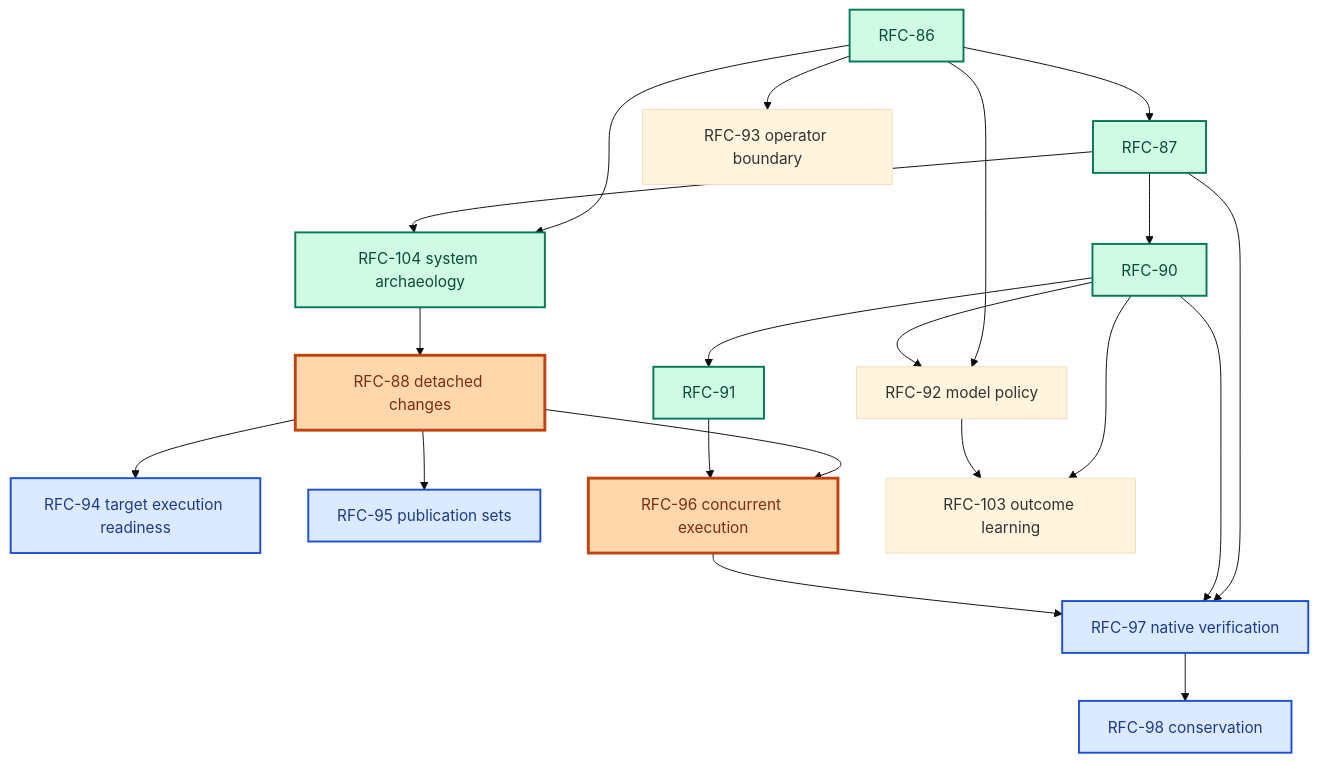
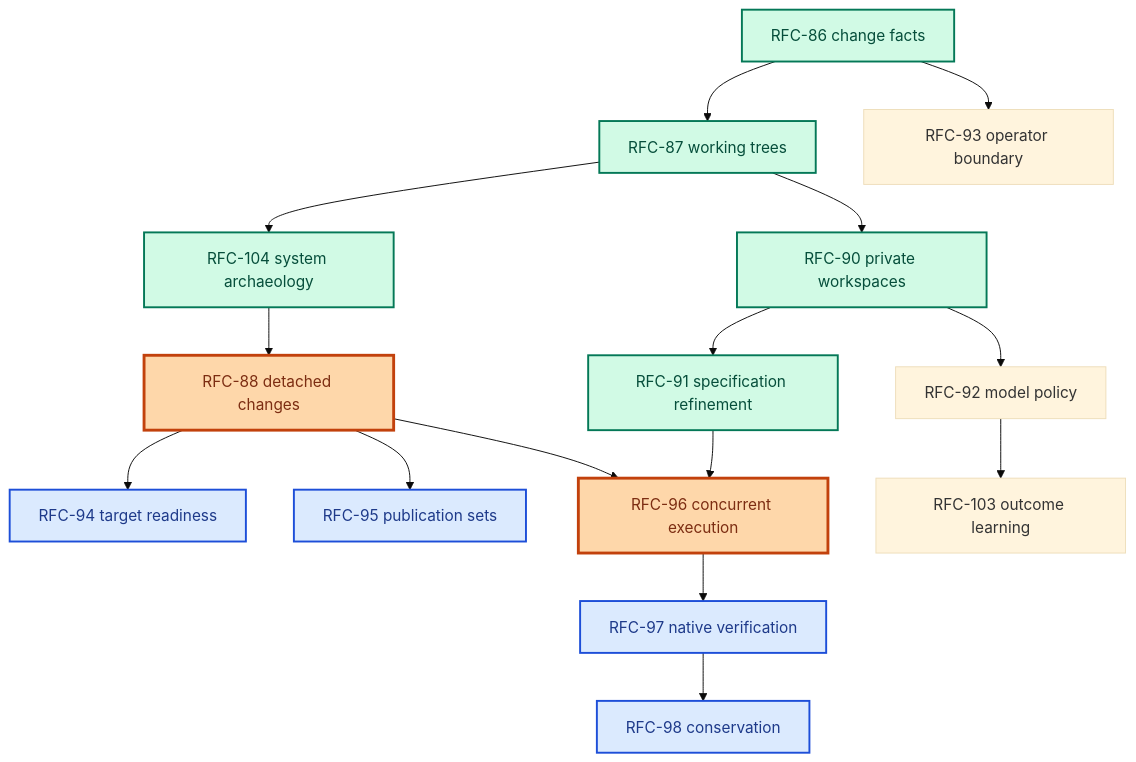
Before and after one commit to augentic/anvil: the diagram in rfcs/platform.md, drawn with Mermaid (base theme). The commit also changed other lines of this file and 14 other files, not shown here.

````diff
--- a/rfcs/platform.md
+++ b/rfcs/platform.md
@@ -23,29 +23,24 @@
 ```mermaid
 flowchart TD
-    R86[RFC-86] --> R87[RFC-87]
-    R86 --> R104[RFC-104 system archaeology]
-    R86 --> R92[RFC-92 model policy]
+    R86[RFC-86 change facts] --> R87[RFC-87 working trees]
     R86 --> R93[RFC-93 operator boundary]
-    R87 --> R104
+    R87 --> R104[RFC-104 system archaeology]
+    R87 --> R90[RFC-90 private workspaces]
     R104 --> R88[RFC-88 detached changes]
-    R87 --> R90[RFC-90]
-    R90 --> R91[RFC-91]
-    R90 --> R92
-    R87 --> R97[RFC-97 native verification]
-    R90 --> R97
-    R88 --> R94[RFC-94 target execution readiness]
+    R88 --> R94[RFC-94 target readiness]
     R88 --> R95[RFC-95 publication sets]
     R88 --> R96[RFC-96 concurrent execution]
-    R91 --> R96
-    R96 --> R97
+    R90 --> R91[RFC-91 specification refinement]
+    R90 --> R92[RFC-92 model policy]
+    R91 --> R96[RFC-96 concurrent execution]
+    R92 --> R103[RFC-103 outcome learning]
+    R96 --> R97[RFC-97 native verification]
     R97 --> R98[RFC-98 conservation]
-    R90 --> R103[RFC-103 outcome learning]
-    R92 --> R103
 
     classDef done fill:#d1fae5,stroke:#047857,color:#064e3b,stroke-width:2px
     classDef nearterm fill:#fed7aa,stroke:#c2410c,color:#7c2d12,stroke-width:3px
     classDef later fill:#dbeafe,stroke:#1d4ed8,color:#1e3a8a,stroke-width:2px
     class R86,R87,R90,R91,R104 done
     class R88,R96 nearterm
     class R94,R95,R97,R98 later
 ```
````
